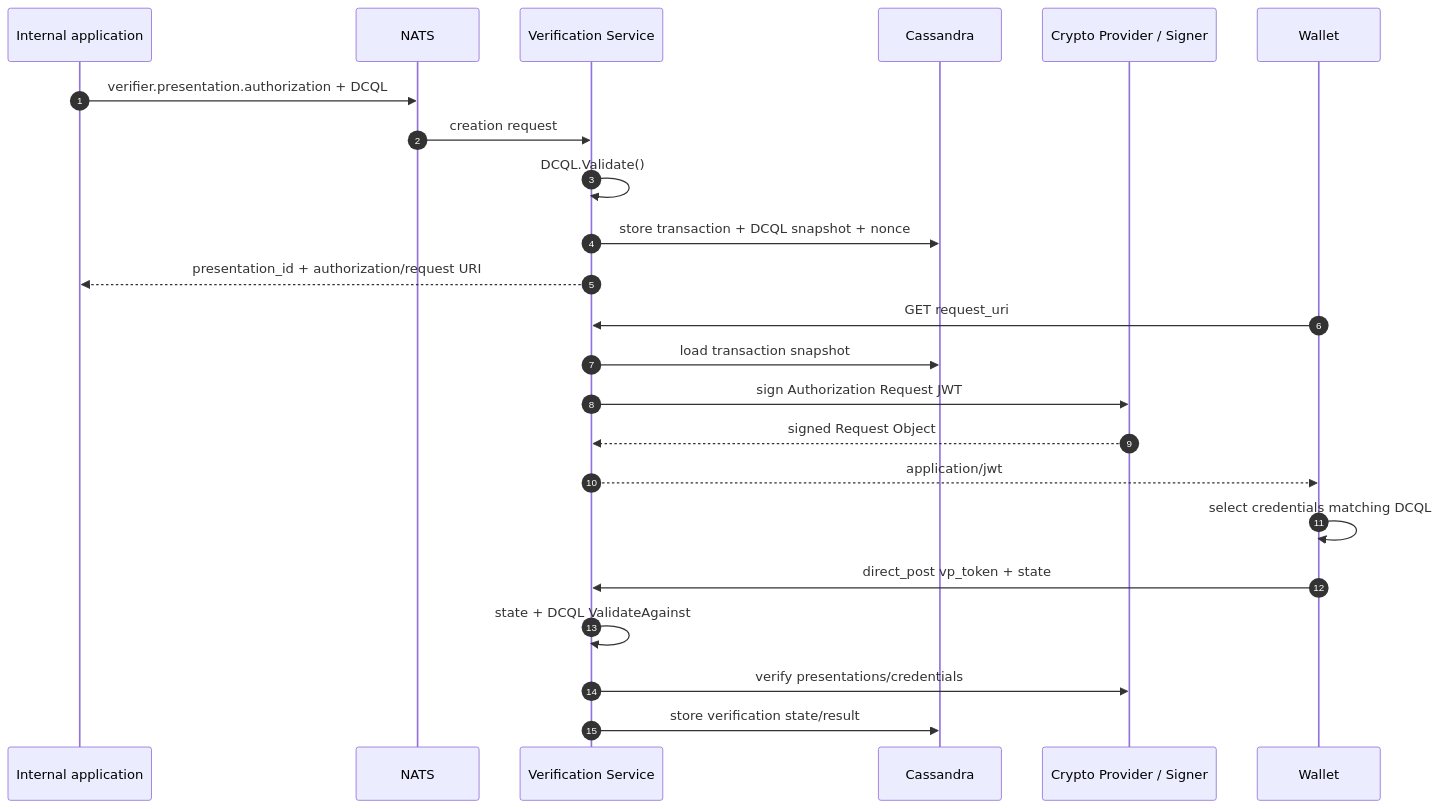
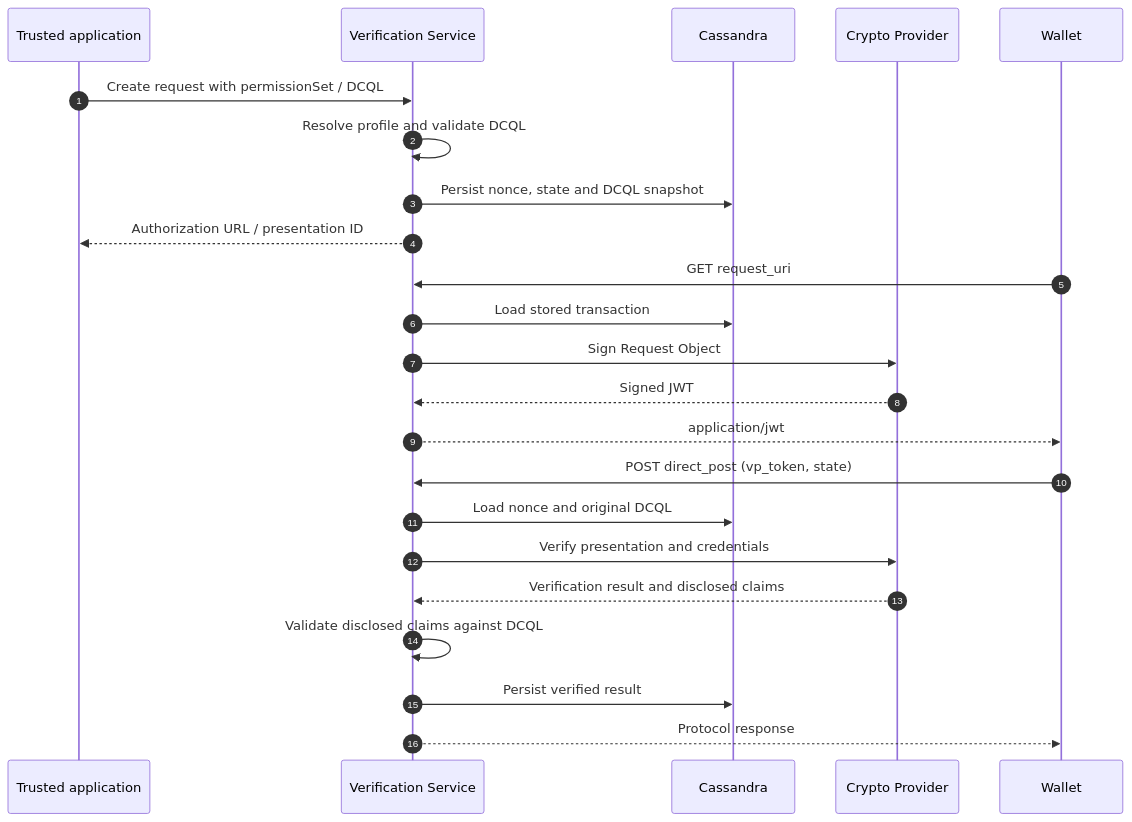
Before and after one commit to eclipse-xfsc/oid4-vci-credential-verification-service: the third of 6 diagrams in README.md, drawn with Mermaid. The commit also changed other lines of this file, not shown here.

````diff
--- a/README.md
+++ b/README.md
@@ -289,26 +93,25 @@
 ```mermaid
 sequenceDiagram
     autonumber
-    participant App as Internal application
-    participant NATS
+    participant App as Trusted application
     participant CVS as Verification Service
     participant DB as Cassandra
-    participant Signer as Crypto Provider / Signer
+    participant Signer as Crypto Provider
     participant Wallet
-
-    App->>NATS: verifier.presentation.authorization + DCQL
-    NATS->>CVS: creation request
-    CVS->>CVS: DCQL.Validate()
-    CVS->>DB: store transaction + DCQL snapshot + nonce
-    CVS-->>App: presentation_id + authorization/request URI
+    App->>CVS: Create request with permissionSet / DCQL
+    CVS->>CVS: Resolve profile and validate DCQL
+    CVS->>DB: Persist nonce, state and DCQL snapshot
+    CVS-->>App: Authorization URL / presentation ID
     Wallet->>CVS: GET request_uri
-    CVS->>DB: load transaction snapshot
-    CVS->>Signer: sign Authorization Request JWT
-    Signer-->>CVS: signed Request Object
+    CVS->>DB: Load stored transaction
+    CVS->>Signer: Sign Request Object
+    Signer-->>CVS: Signed JWT
     CVS-->>Wallet: application/jwt
-    Wallet->>Wallet: select credentials matching DCQL
-    Wallet->>CVS: direct_post vp_token + state
-    CVS->>CVS: state + DCQL ValidateAgainst
-    CVS->>Signer: verify presentations/credentials
-    CVS->>DB: store verification state/result
+    Wallet->>CVS: POST direct_post (vp_token, state)
+    CVS->>DB: Load nonce and original DCQL
+    CVS->>Signer: Verify presentation and credentials
+    Signer-->>CVS: Verification result and disclosed claims
+    CVS->>CVS: Validate disclosed claims against DCQL
+    CVS->>DB: Persist verified result
+    CVS-->>Wallet: Protocol response
 ```
````
